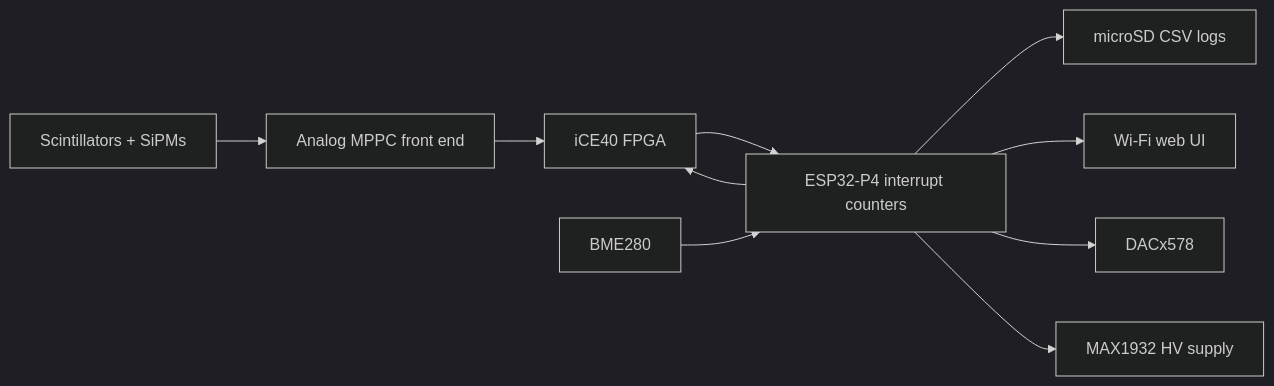
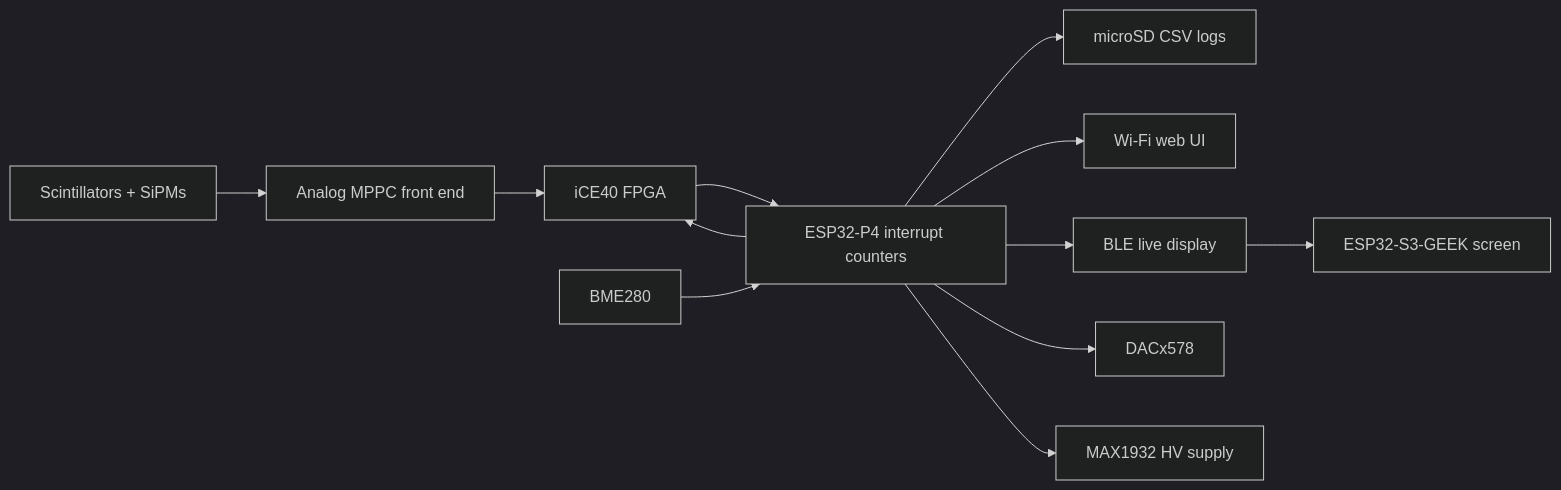
One commit to tharinduudu/ESP32-P4-gLOWCSOT-cubesat changed the first of 2 diagrams in docs/detector-sections.md. Above: the diagram before and after it, drawn with Mermaid (dark theme). The commit also changed other lines of this file and 16 other files, not shown here.

Commit message:
Add BLE live display for S3 screen

````diff
--- a/docs/detector-sections.md
+++ b/docs/detector-sections.md
@@ -7,12 +7,14 @@
 ```mermaid
 flowchart LR
     S["Scintillators + SiPMs"] --> A["Analog MPPC front end"]
     A --> F["iCE40 FPGA"]
     F --> C["ESP32-P4 interrupt counters"]
     C --> SD["microSD CSV logs"]
     C --> W["Wi-Fi web UI"]
+    C --> BLE["BLE live display"]
+    BLE --> DISP["ESP32-S3-GEEK screen"]
     BME["BME280"] --> C
     C --> DAC["DACx578"]
     C --> HV["MAX1932 HV supply"]
     C --> F
 ```
````
